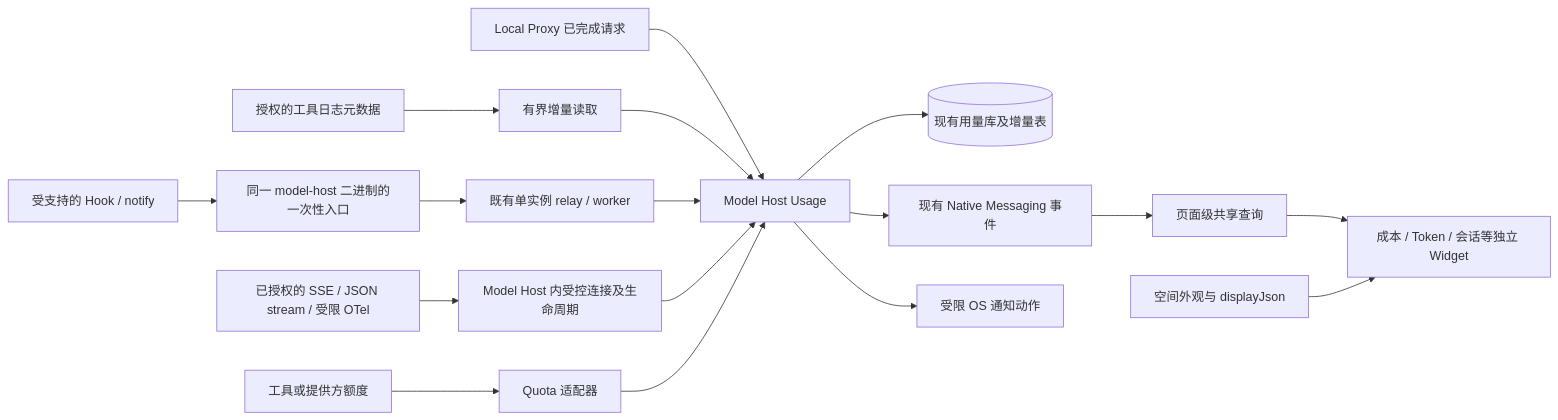
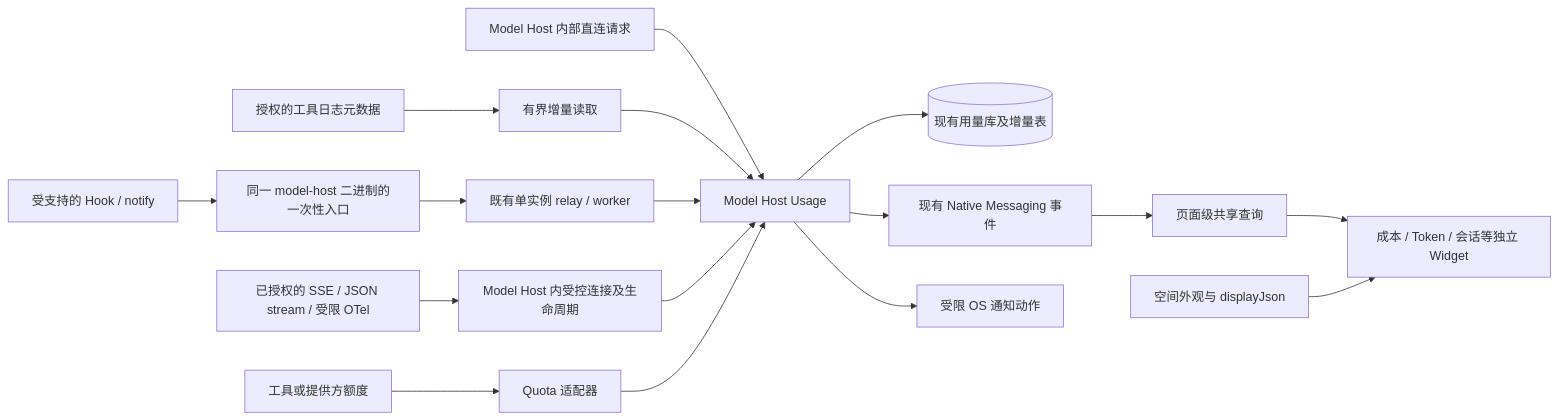
One commit to Wcof/Natives changed the diagram in docs/development/ai-efficiency-components-plan.md. Above: the diagram before and after it, drawn with Mermaid. The commit also changed other lines of this file and 1984 other files, not shown here.

````diff
--- a/docs/development/ai-efficiency-components-plan.md
+++ b/docs/development/ai-efficiency-components-plan.md
@@ -327,19 +329,19 @@
 ```mermaid
 flowchart LR
-  P[Local Proxy 已完成请求] --> U[Model Host Usage]
+  P[Model Host 内部直连请求] --> U[Model Host Usage]
   L[授权的工具日志元数据] --> S[有界增量读取]
   S --> U
   H[受支持的 Hook / notify] --> O[同一 model-host 二进制的一次性入口]
   O --> B[既有单实例 relay / worker]
   B --> U
   T[已授权的 SSE / JSON stream / 受限 OTel] --> C[Model Host 内受控连接及生命周期]
   C --> U
   Q[工具或提供方额度] --> A[Quota 适配器]
   A --> U
   U --> D[(现有用量库及增量表)]
   U --> E[现有 Native Messaging 事件]
   E --> F[页面级共享查询]
   F --> W[成本 / Token / 会话等独立 Widget]
   V[空间外观与 displayJson] --> W
   U --> N[受限 OS 通知动作]
 ```
````
